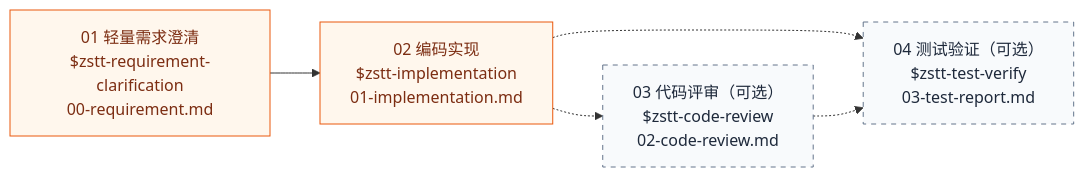
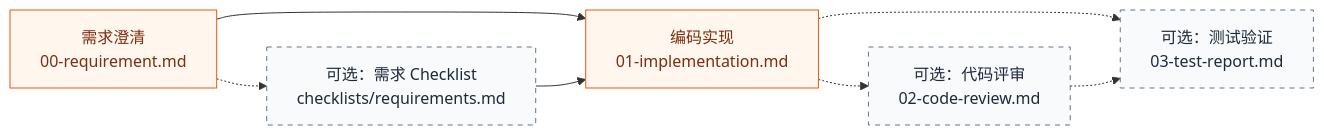
Before and after one commit to Foutlook/zstt-backend-workflow: the second of 2 diagrams in README.md, drawn with Mermaid. The commit also changed other lines of this file and 1 other file, not shown here.

````diff
--- a/README.md
+++ b/README.md
@@ -73,17 +120,14 @@
 ```mermaid
 flowchart LR
-    QR["01 轻量需求澄清<br/>$zstt-requirement-clarification<br/>00-requirement.md"]
-    QI["02 编码实现<br/>$zstt-implementation<br/>01-implementation.md"]
-    QC["03 代码评审（可选）<br/>$zstt-code-review<br/>02-code-review.md"]
-    QT["04 测试验证（可选）<br/>$zstt-test-verify<br/>03-test-report.md"]
-
-    QR --> QI
-    QI -.-> QC
-    QI -.-> QT
-    QC -.-> QT
+    RQ["需求澄清<br/>00-requirement.md"] --> IM["编码实现<br/>01-implementation.md"]
+    RQ -.-> RC["可选：需求 Checklist<br/>checklists/requirements.md"]
+    RC --> IM
+    IM -.-> CR["可选：代码评审<br/>02-code-review.md"]
+    IM -.-> TV["可选：测试验证<br/>03-test-report.md"]
+    CR -.-> TV
 
     classDef required fill:#fff7ed,stroke:#ea580c,color:#7c2d12
     classDef optional fill:#f8fafc,stroke:#64748b,color:#1e293b,stroke-dasharray:5 5
-    class QR,QI required
-    class QC,QT optional
+    class RQ,IM required
+    class RC,CR,TV optional
 ```
````
